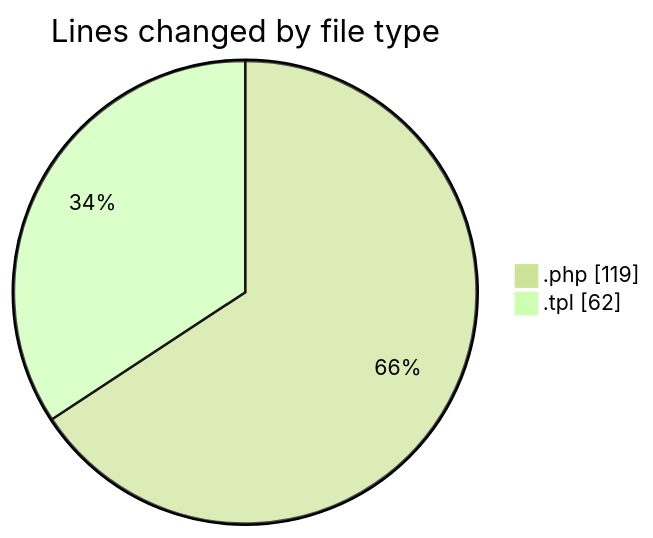
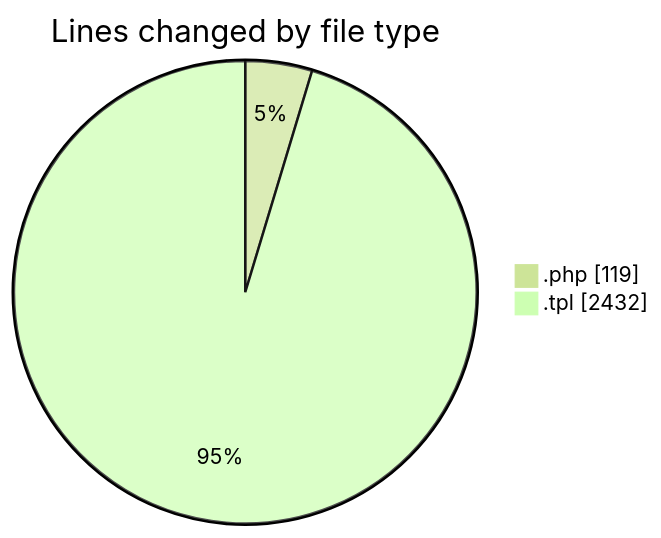
The first of 2 diagrams in 2025-12-22/shop/README.md (vahidmafi/code-tracking), drawn with Mermaid (forest theme) before and after one commit. The commit also changed other lines of this file and 1 other file, not shown here.

````diff
--- a/2025-12-22/shop/README.md
+++ b/2025-12-22/shop/README.md
@@ -22,6 +23,6 @@
 ```mermaid
 pie showData
 title Lines changed by file type
 ".php" : 119
-".tpl" : 62
+".tpl" : 2432
 ```
````
